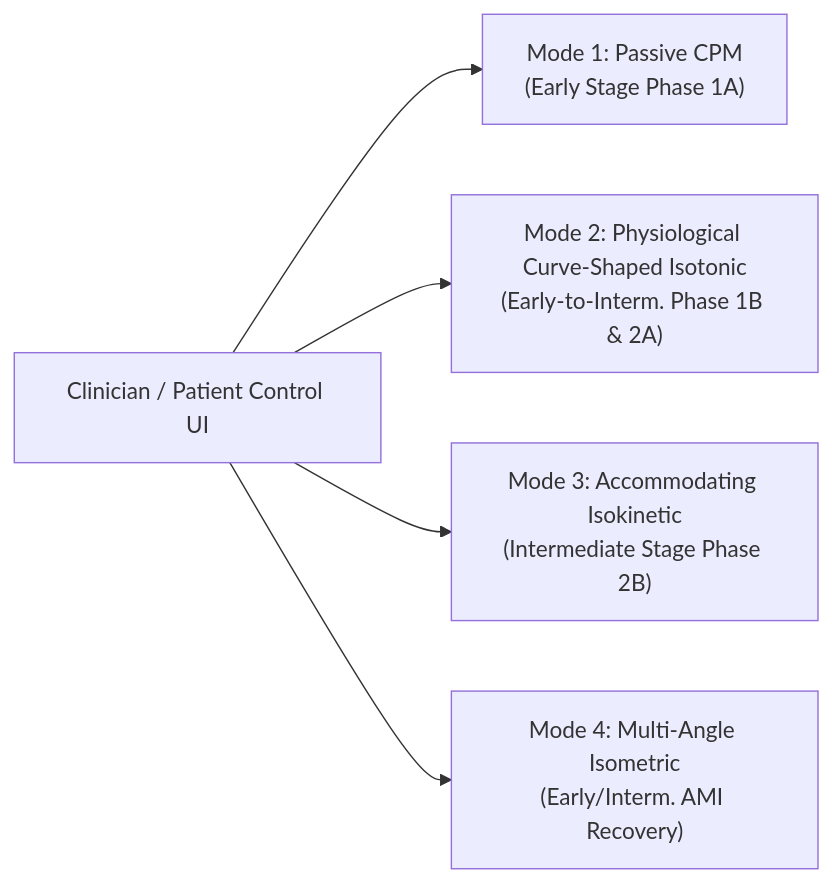
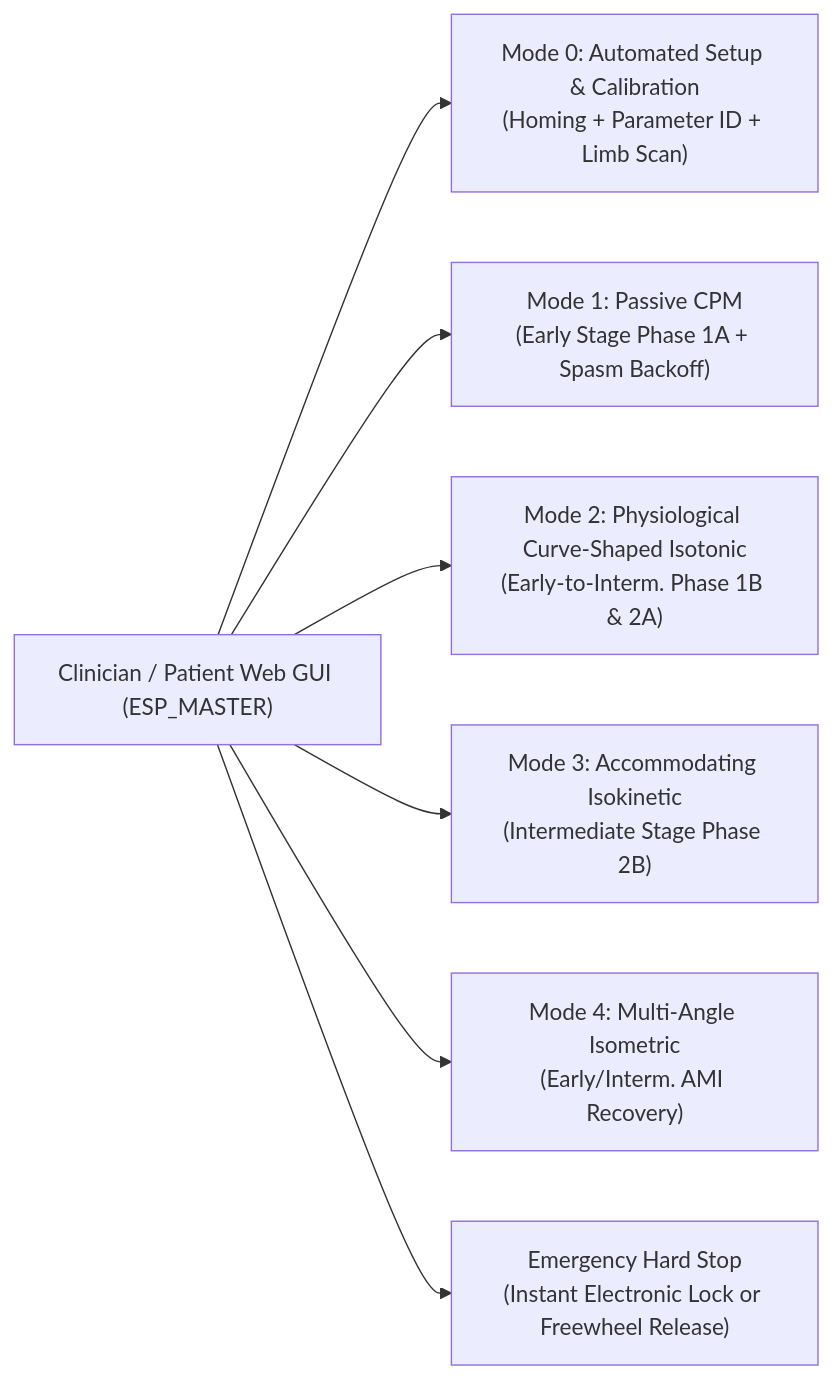
Before and after one commit to Kanishk-Goel-19/DP_DULLA: the fifth of 6 diagrams in README.md, drawn with Mermaid. The commit also changed other lines of this file and 1 other file, not shown here.

````diff
--- a/README.md
+++ b/README.md
@@ -328,8 +550,10 @@
 ```mermaid
 flowchart LR
-    UI["Clinician / Patient Control UI"]
-    UI --> M1["Mode 1: Passive CPM\n(Early Stage Phase 1A)"]
+    UI["Clinician / Patient Web GUI (ESP_MASTER)"]
+    UI --> M0["Mode 0: Automated Setup & Calibration\n(Homing + Parameter ID + Limb Scan)"]
+    UI --> M1["Mode 1: Passive CPM\n(Early Stage Phase 1A + Spasm Backoff)"]
     UI --> M2["Mode 2: Physiological Curve-Shaped Isotonic\n(Early-to-Interm. Phase 1B & 2A)"]
     UI --> M3["Mode 3: Accommodating Isokinetic\n(Intermediate Stage Phase 2B)"]
     UI --> M4["Mode 4: Multi-Angle Isometric\n(Early/Interm. AMI Recovery)"]
+    UI --> HS["Emergency Hard Stop\n(Instant Electronic Lock or Freewheel Release)"]
 ```
````
